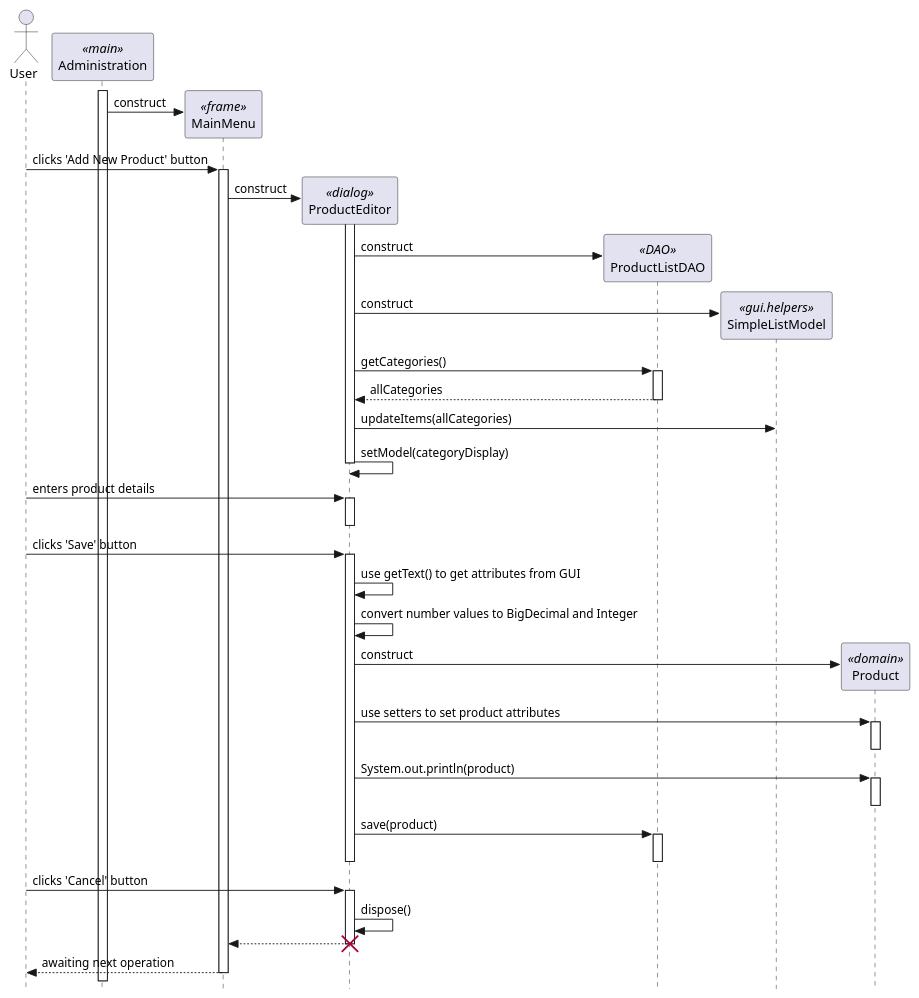
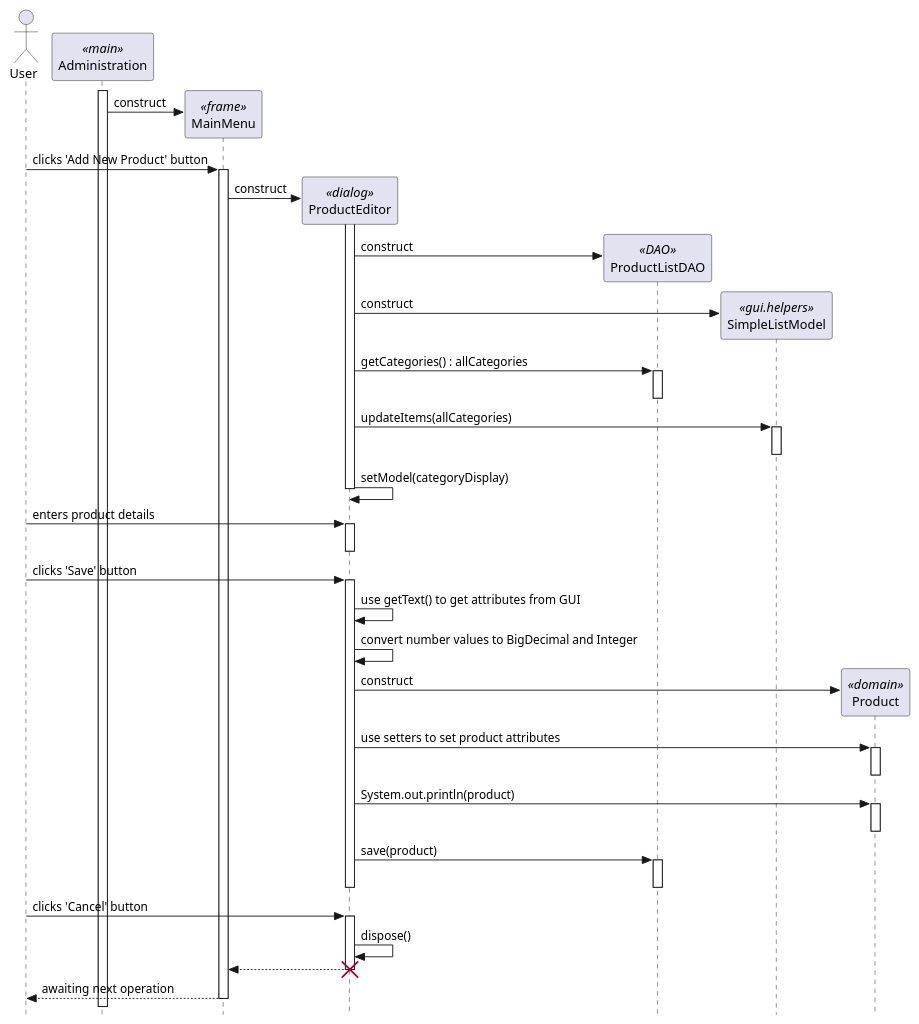
One commit to nikolahmcwin/shoppingSystem-info202 changed the diagram in addNewProduct.puml. Above: the diagram before and after it, drawn with PlantUML. The commit also changed 7 other files, not shown here.

Commit message:
Created sequence diagram for use case 2. References #6

```diff
--- a/addNewProduct.puml
+++ b/addNewProduct.puml
@@ -1,76 +1,77 @@
 @startuml
 
 ' use strict UML mode
 skinparam style strictuml
 
 ' create actor user
 actor "User" as user
 
 ' create main adminstration 
 participant "Administration" as main <<main>>
 main++
 
 ' create main menu frame
 create "MainMenu" as menu <<frame>>
 main -> menu : construct
 
 user -> menu++ : clicks 'Add New Product' button
 
 ' create product editor dialog
 create "ProductEditor" as editor <<dialog>>
 menu -> editor : construct
 
 editor++
 
 ' create a DAO
 create "ProductListDAO" as dao <<DAO>>
 editor -> dao : construct 
 
 ' create the simple model list
 create "SimpleListModel" as modellist <<gui.helpers>>
 editor -> modellist : construct
 
-editor -> dao++ : getCategories() 
-dao --> editor : allCategories
+editor -> dao++ : getCategories() : allCategories
 dao--
 
-editor -> modellist : updateItems(allCategories)
+editor -> modellist++ : updateItems(allCategories)
+modellist--
+
 editor -> editor : setModel(categoryDisplay)
 
 editor--
 
 ' user enters product details and clicks the save product button
 user -> editor++ : enters product details
 editor--
 
 user -> editor++ : clicks 'Save' button
 
 ' self interactions to pull text and run conversions
 editor -> editor : use getText() to get attributes from GUI
 editor -> editor : convert number values to BigDecimal and Integer
 
 ' create a Product
 create "Product" as product <<domain>>
 editor -> product : construct
 
 editor -> product++ : use setters to set product attributes
 product-- 
 
 editor -> product++ : System.out.println(product)
 product--
 
 editor -> dao++ : save(product)
 dao--
 editor--
 
 ' dispose dialog
 user -> editor++ : clicks 'Cancel' button
 editor -> editor : dispose()
 
 ' show control returning to menu as editor closes
 editor --> menu 
 destroy editor
 
 menu --> user-- : awaiting next operation
 
 @enduml
```
